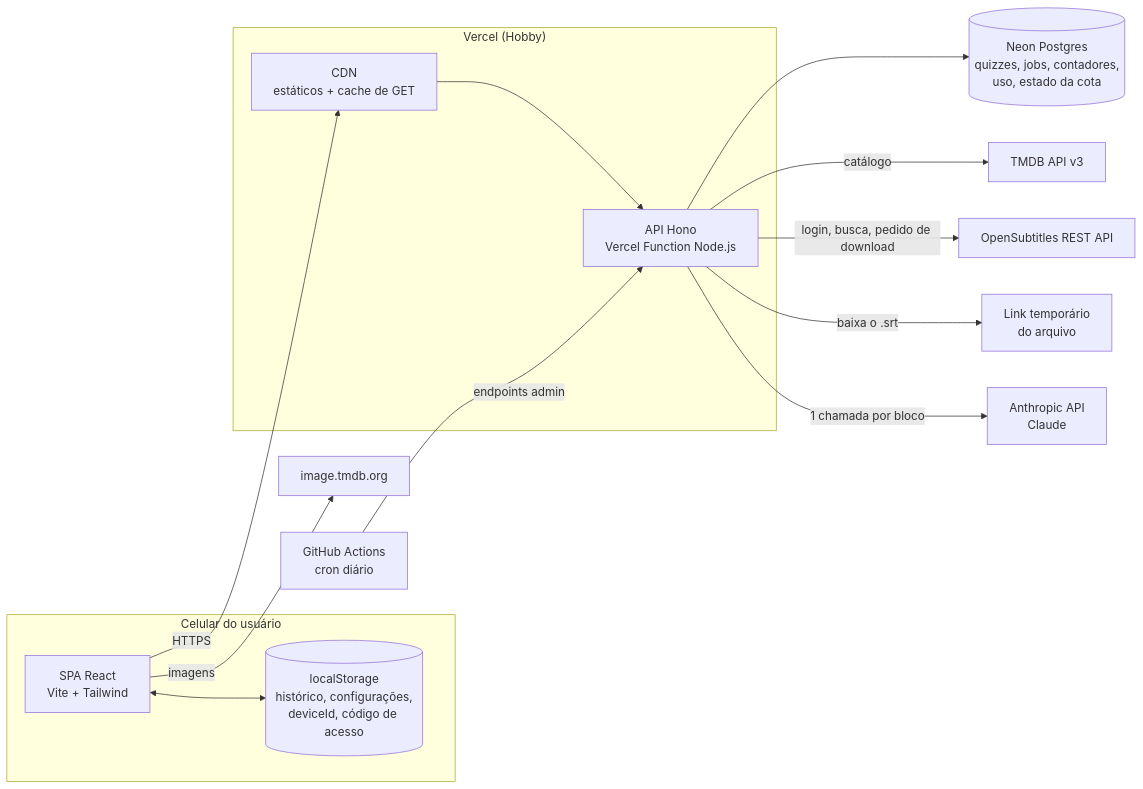
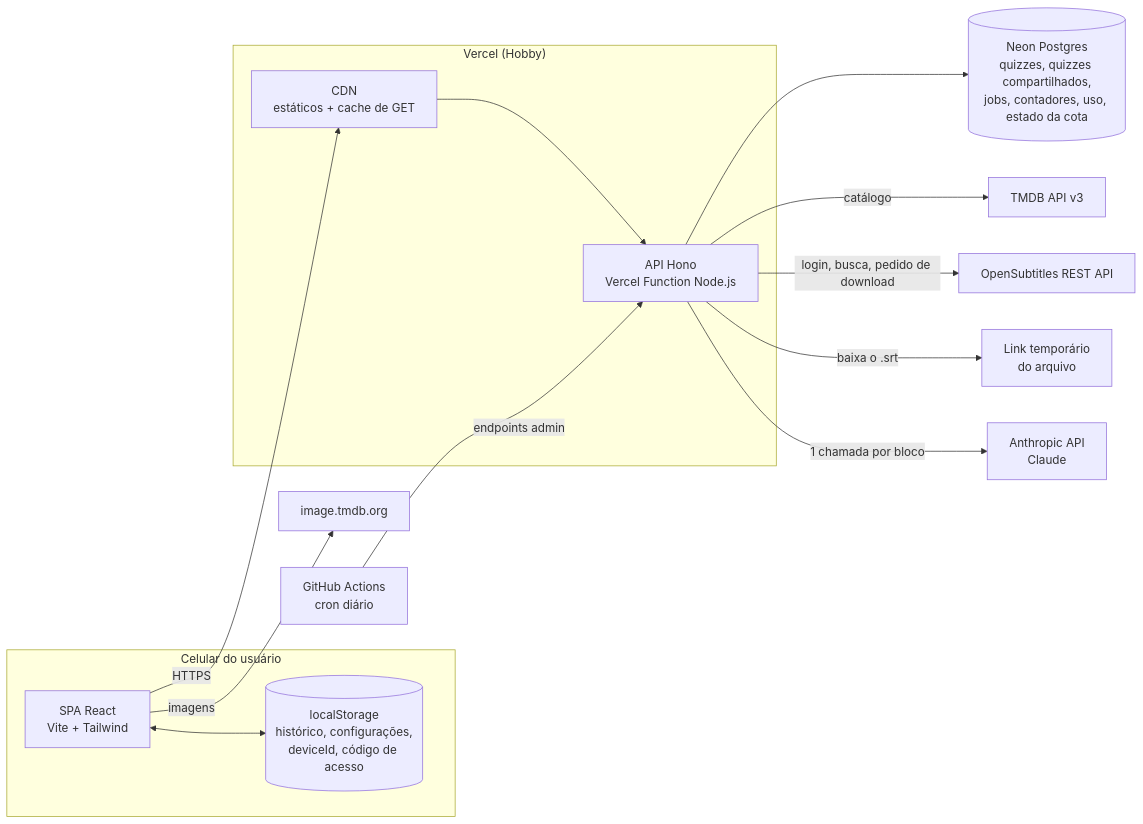
One commit to kauanunnes/english-quizzes changed the first of 3 diagrams in docs/03-arquitetura.md. Above: the diagram before and after it, drawn with Mermaid. The commit also changed other lines of this file and 12 other files, not shown here.

````diff
--- a/docs/03-arquitetura.md
+++ b/docs/03-arquitetura.md
@@ -12,30 +13,30 @@
 ```mermaid
 flowchart LR
   subgraph Device["Celular do usuário"]
     SPA["SPA React<br/>Vite + Tailwind"]
     LS[("localStorage<br/>histórico, configurações,<br/>deviceId, código de acesso")]
   end
 
   subgraph Vercel["Vercel (Hobby)"]
     CDN["CDN<br/>estáticos + cache de GET"]
     API["API Hono<br/>Vercel Function Node.js"]
   end
 
-  DB[("Neon Postgres<br/>quizzes, jobs, contadores,<br/>uso, estado da cota")]
+  DB[("Neon Postgres<br/>quizzes, quizzes compartilhados,<br/>jobs, contadores, uso, estado da cota")]
   TMDB["TMDB API v3"]
   IMG["image.tmdb.org"]
   OS["OpenSubtitles REST API"]
   OSDL["Link temporário<br/>do arquivo"]
   LLM["Anthropic API<br/>Claude"]
   GHA["GitHub Actions<br/>cron diário"]
 
   SPA <--> LS
   SPA -->|HTTPS| CDN --> API
   SPA -->|imagens| IMG
   API --> DB
   API -->|catálogo| TMDB
   API -->|login, busca, pedido de download| OS
   API -->|baixa o .srt| OSDL
   API -->|1 chamada por bloco| LLM
   GHA -->|endpoints admin| API
 ```
````
